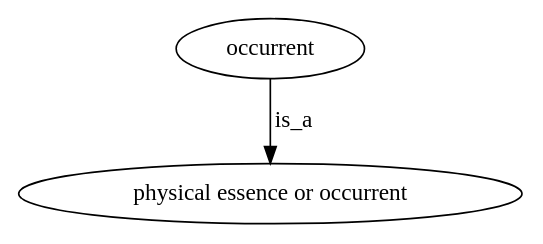
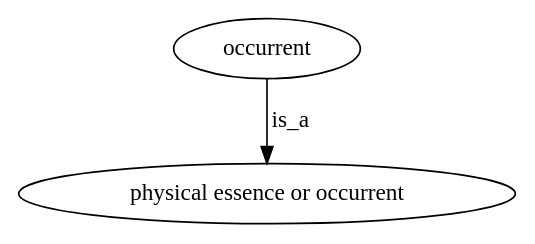
Before and after one commit to biolink/biolink-model: the diagram in graphviz/occurrent.gv, drawn with Graphviz. The commit also changed 498 other files, not shown here.

```diff
--- a/graphviz/occurrent.gv
+++ b/graphviz/occurrent.gv
@@ -1,14 +1,14 @@
 digraph {
-	graph [bb="0,0,301.57,123"];
+	graph [bb="0,0,297.67,123"];
 	node [label="\N"];
-	occurrent	 [height=0.5,
+	occurrent	[height=0.5,
 		label=occurrent,
-		pos="150.79,105",
-		width=1.5707];
-	"physical essence or occurrent"	 [height=0.5,
-		pos="150.79,18",
-		width=4.1885];
-	occurrent -> "physical essence or occurrent"	 [label=is_a,
-		lp="164.79,61.5",
-		pos="e,150.79,36.003 150.79,86.974 150.79,75.192 150.79,59.561 150.79,46.158"];
+		pos="148.84,105",
+		width=1.5526];
+	"physical essence or occurrent"	[height=0.5,
+		pos="148.84,18",
+		width=4.1344];
+	occurrent -> "physical essence or occurrent"	[label=is_a,
+		lp="162.84,61.5",
+		pos="e,148.84,36.175 148.84,86.799 148.84,75.163 148.84,59.548 148.84,46.237"];
 }
```
